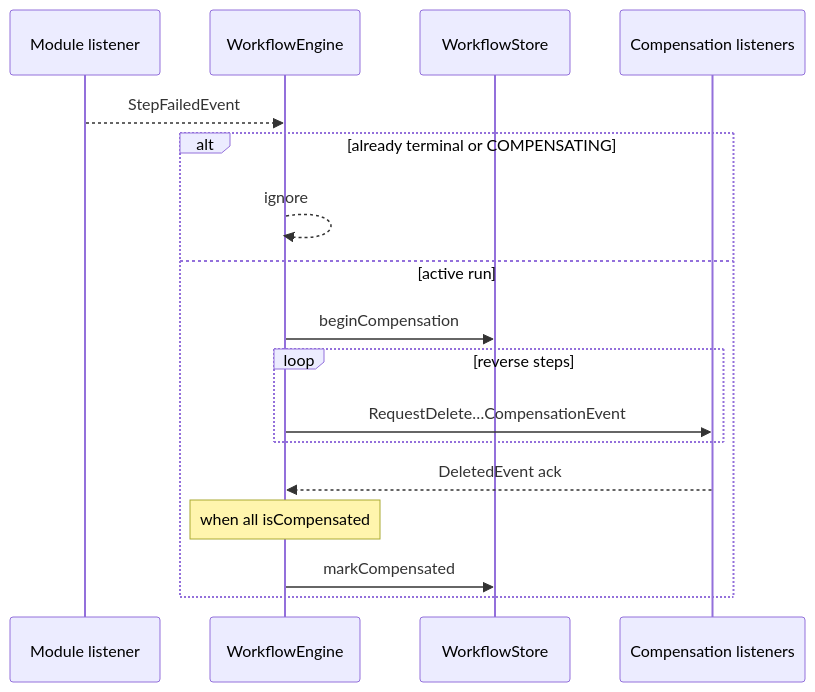
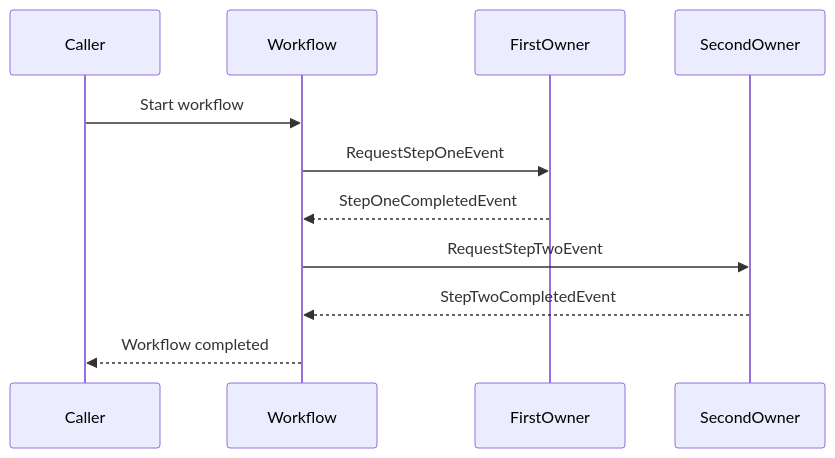
The first of 2 diagrams in .agent/skills/workflow-template.md (khinemyaezin/grab), drawn with Mermaid before and after one commit. The commit also changed other lines of this file and 43 other files, not shown here.

````diff
--- a/.agent/skills/workflow-template.md
+++ b/.agent/skills/workflow-template.md
@@ -155,20 +52,14 @@
 ```mermaid
 sequenceDiagram
-    participant Mod as Module listener
-    participant E as WorkflowEngine
-    participant WS as WorkflowStore
-    participant Comp as Compensation listeners
+    participant Caller
+    participant Workflow
+    participant FirstOwner
+    participant SecondOwner
 
-    Mod-->>E: StepFailedEvent
-    alt already terminal or COMPENSATING
-        E-->>E: ignore
-    else active run
-        E->>WS: beginCompensation
-        loop reverse steps
-            E->>Comp: RequestDelete…CompensationEvent
-        end
-        Comp-->>E: DeletedEvent ack
-        Note over E: when all isCompensated
-        E->>WS: markCompensated
-    end
+    Caller->>Workflow: Start workflow
+    Workflow->>FirstOwner: RequestStepOneEvent
+    FirstOwner-->>Workflow: StepOneCompletedEvent
+    Workflow->>SecondOwner: RequestStepTwoEvent
+    SecondOwner-->>Workflow: StepTwoCompletedEvent
+    Workflow-->>Caller: Workflow completed
 ```
````
